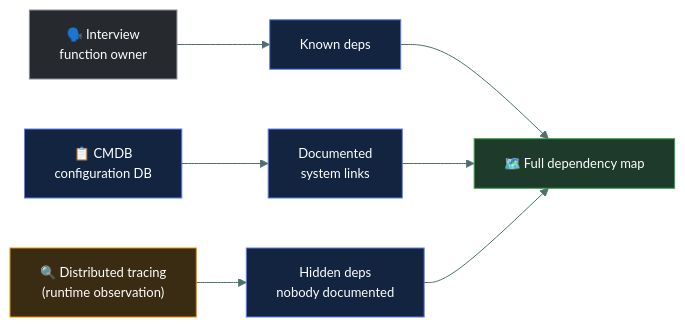
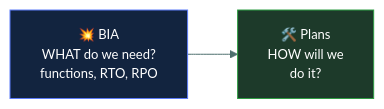
Before and after one commit to tarunTejaDesireddy/cc-exam-prep: the third of 4 diagrams in 02-security-governance/business-impact-analysis/README.md, drawn with Mermaid. The commit also changed other lines of this file and 1 other file, not shown here.

````diff
--- a/02-security-governance/business-impact-analysis/README.md
+++ b/02-security-governance/business-impact-analysis/README.md
@@ -156,18 +207,8 @@
 ```mermaid
-%%{init: {'theme':'base','themeVariables':{'fontSize':'13px','lineColor':'#4d6f6e','textColor':'#dbe7e6'}}}%%
+%%{init: {'theme':'base','themeVariables':{'fontFamily':'Segoe UI, Helvetica Neue, Arial, sans-serif','fontSize':'13px','lineColor':'#4d6f6e','textColor':'#dbe7e6'}}}%%
 flowchart LR
-    INT["🗣️ Interview<br/>function owner"] --> KN["Known deps"]
-    CMDB["📋 CMDB<br/>configuration DB"] --> DOC["Documented<br/>system links"]
-    TRACE["🔍 Distributed tracing<br/>(runtime observation)"] --> HID["Hidden deps<br/>nobody documented"]
-    KN --> MAP["🗺️ Full dependency map"]
-    DOC --> MAP
-    HID --> MAP
+    BIA["💥 BIA<br/>WHAT do we need?<br/>functions, RTO, RPO"] --> PLANS["🛠️ Plans<br/>HOW will we<br/>do it?"]
 
-    style INT fill:#26292e,stroke:#868E96,color:#fff
-    style CMDB fill:#12243f,stroke:#5C7CFA,color:#fff
-    style TRACE fill:#3a2c12,stroke:#F08C00,color:#fff
-    style KN fill:#12243f,stroke:#5C7CFA,color:#fff
-    style DOC fill:#12243f,stroke:#5C7CFA,color:#fff
-    style HID fill:#12243f,stroke:#5C7CFA,color:#fff
-    style MAP fill:#1d3a2a,stroke:#2F9E44,color:#fff
+    style BIA fill:#12243f,stroke:#5C7CFA,color:#fff
+    style PLANS fill:#1d3a2a,stroke:#2F9E44,color:#fff
 ```
````
